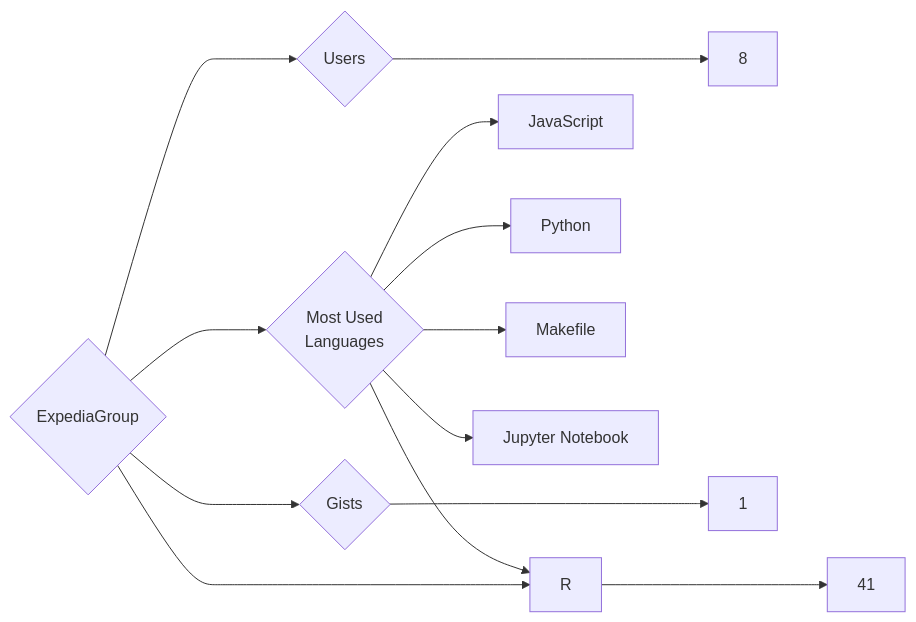
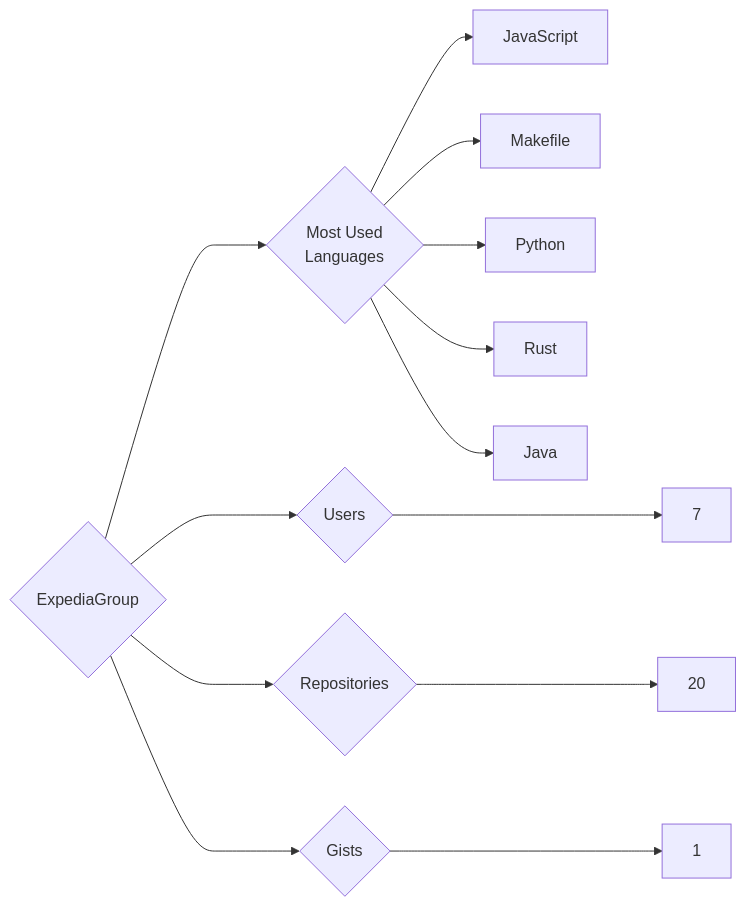
Before and after one commit to trickest/insiders: the diagram in targets/ExpediaGroup/README.md, drawn with Mermaid. The commit also changed 776 other files, not shown here.

````diff
--- a/targets/ExpediaGroup/README.md
+++ b/targets/ExpediaGroup/README.md
@@ -3,13 +3,13 @@
 ```mermaid
 graph LR
 COMPANY_NAME{ExpediaGroup}
-COMPANY_NAME ---> U{Users} ---> UN[8]
-COMPANY_NAME ---> R{Repositories} ---> RN[41]
+COMPANY_NAME ---> U{Users} ---> UN[7]
+COMPANY_NAME ---> R{Repositories} ---> RN[20]
 COMPANY_NAME ---> G{Gists} ---> GN[1]
 COMPANY_NAME ---> ML{Most Used<br>Languages}
 ML --> JavaScript[JavaScript]
+ML --> Makefile[Makefile]
 ML --> Python[Python]
-ML --> Makefile[Makefile]
-ML --> Jupyter_Notebook[Jupyter Notebook]
-ML --> R[R]
+ML --> Rust[Rust]
+ML --> Java[Java]
 ```
````
